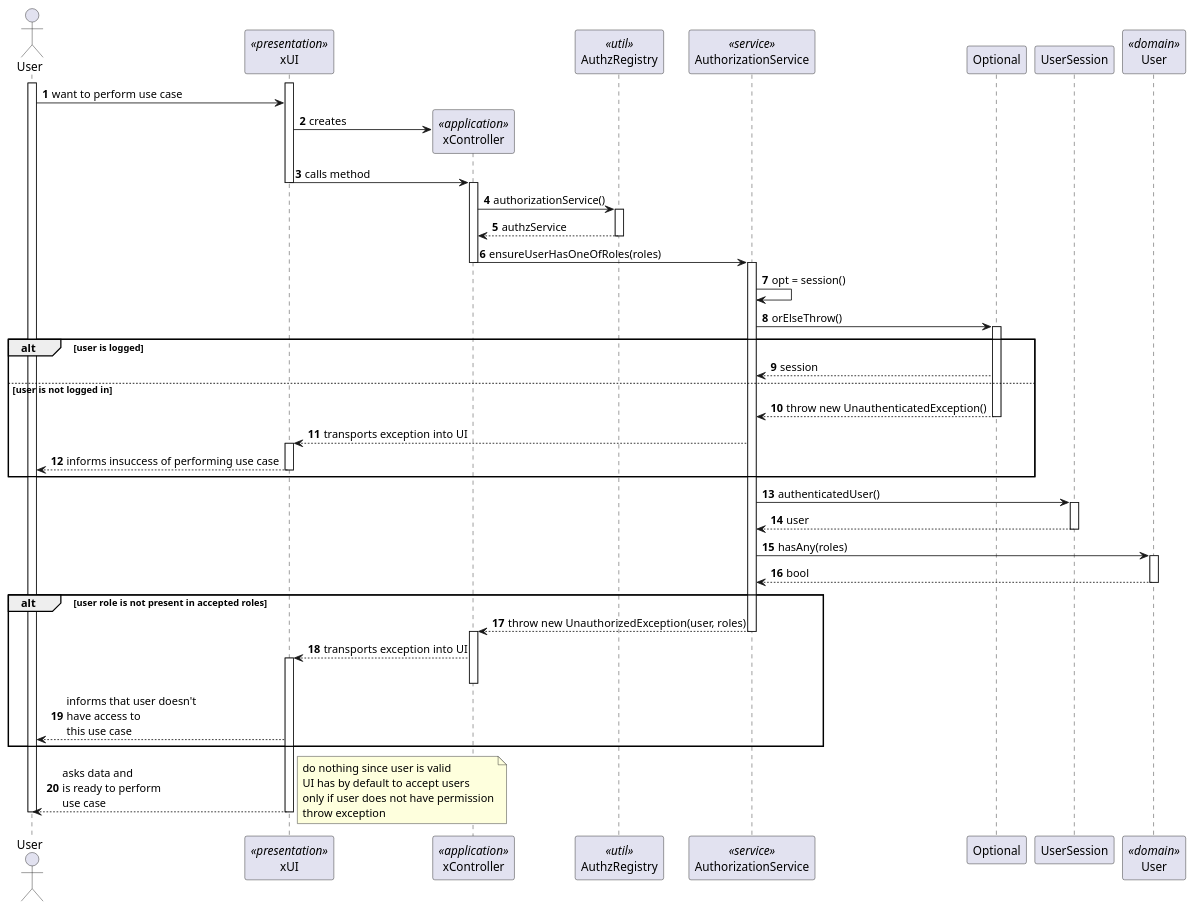
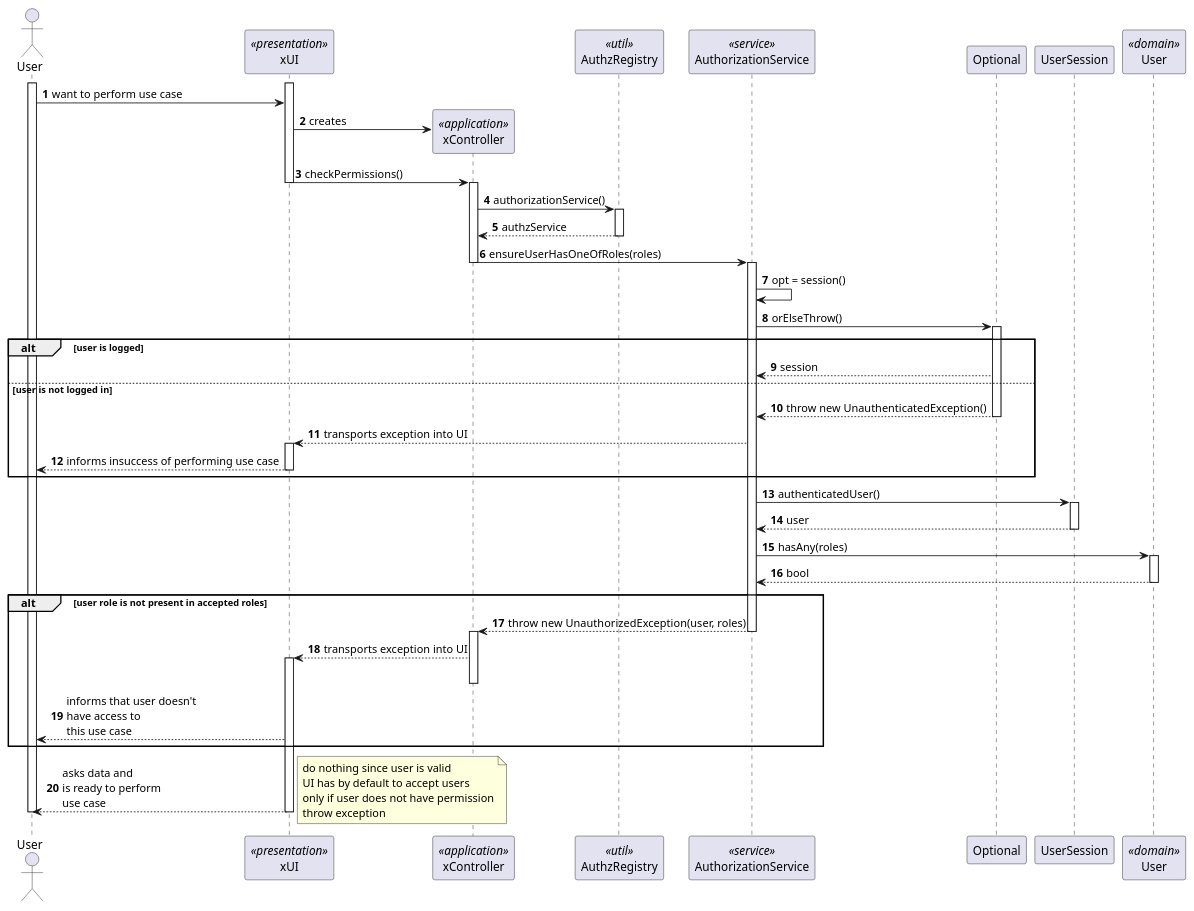
The diagram in docs/SPRINT A/US_G006/Design/AuthorizationSequenceDiagram/SD.puml (brunacosta03/sem4pi_22_23), drawn with PlantUML before and after one commit. The commit also changed 5 other files, not shown here.

```diff
--- a/docs/SPRINT A/US_G006/Design/AuthorizationSequenceDiagram/SD.puml
+++ b/docs/SPRINT A/US_G006/Design/AuthorizationSequenceDiagram/SD.puml
@@ -1,77 +1,77 @@
 @startuml
 autonumber
 
 actor "User" as usr
 
 participant xUI as ui <<presentation>>
 participant xController as ctrl <<application>>
 participant AuthzRegistry as reg <<util>>
 participant AuthorizationService as authz <<service>>
 participant Optional as opt
 participant UserSession as session
 participant User as userClass <<domain>>
 
 activate usr
 activate ui
 
 usr -> ui : want to perform use case
 ui -> ctrl** : creates
-ui -> ctrl : calls method
+ui -> ctrl : checkPermissions()
 deactivate ui
 activate ctrl
 ctrl -> reg : authorizationService()
 activate reg
 reg --> ctrl : authzService
 deactivate reg
 ctrl -> authz : ensureUserHasOneOfRoles(roles)
 deactivate ctrl
 activate authz
 authz -> authz : opt = session()
 authz -> opt : orElseThrow()
 activate opt
 
 alt user is logged
     opt --> authz : session
 else user is not logged in
     opt --> authz : throw new UnauthenticatedException()
 deactivate opt
     authz --> ui : transports exception into UI
 activate ui
     ui --> usr : informs insuccess of performing use case
 deactivate ui
 end alt
 
 authz -> session : authenticatedUser()
 activate session
 session --> authz : user
 deactivate session
 authz -> userClass : hasAny(roles)
 activate userClass
 userClass --> authz : bool
 deactivate userClass
 
 deactivate session
 
 alt user role is not present in accepted roles
     authz --> ctrl : throw new UnauthorizedException(user, roles)
 deactivate authz
 activate ctrl
     ctrl --> ui : transports exception into UI
 activate ui
 deactivate ctrl
     ui --> usr : informs that user doesn't\nhave access to \nthis use case
 end alt
 
 ui --> usr : asks data and \nis ready to perform\nuse case
 
 note right
     do nothing since user is valid
     UI has by default to accept users
     only if user does not have permission
     throw exception
 end note
 
 deactivate ui
 deactivate usr
 
 @enduml
```
